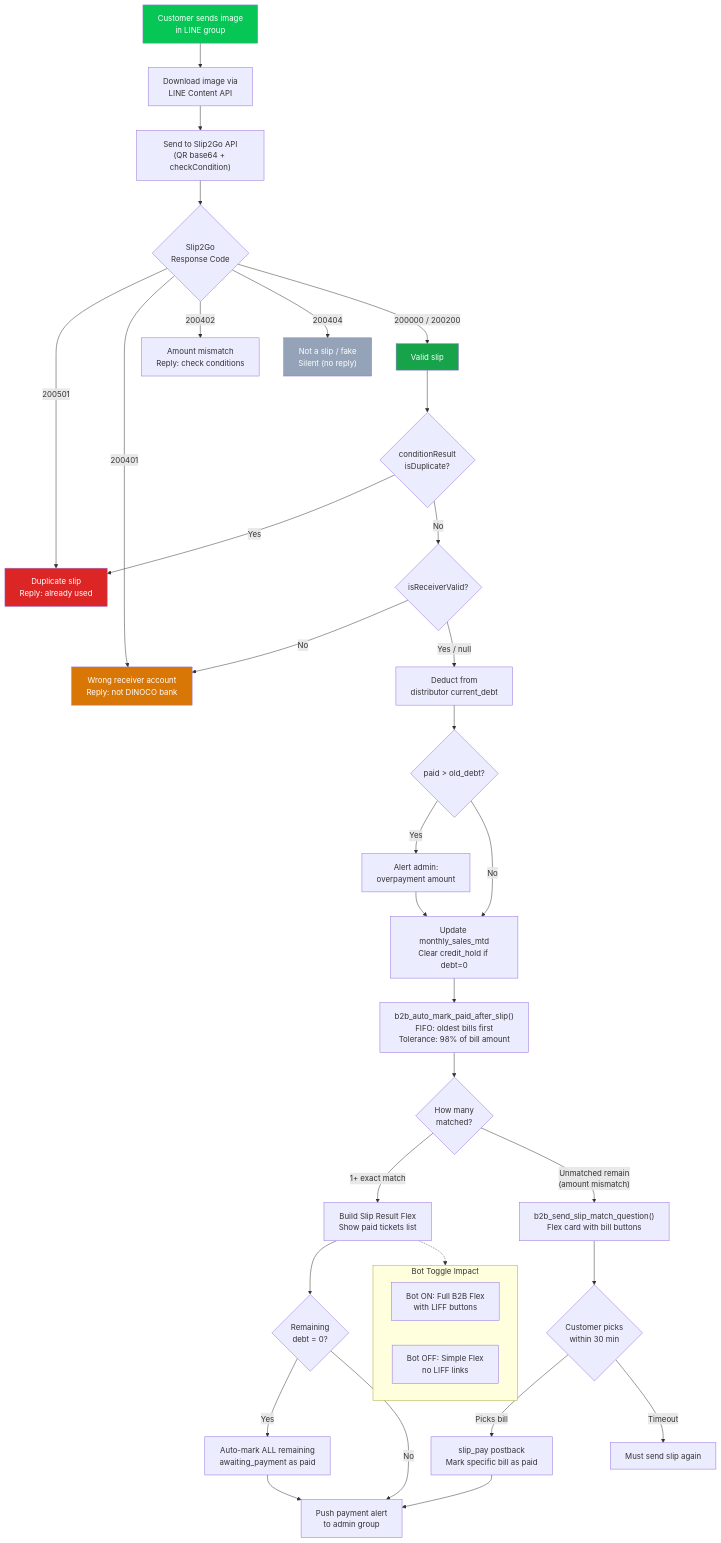
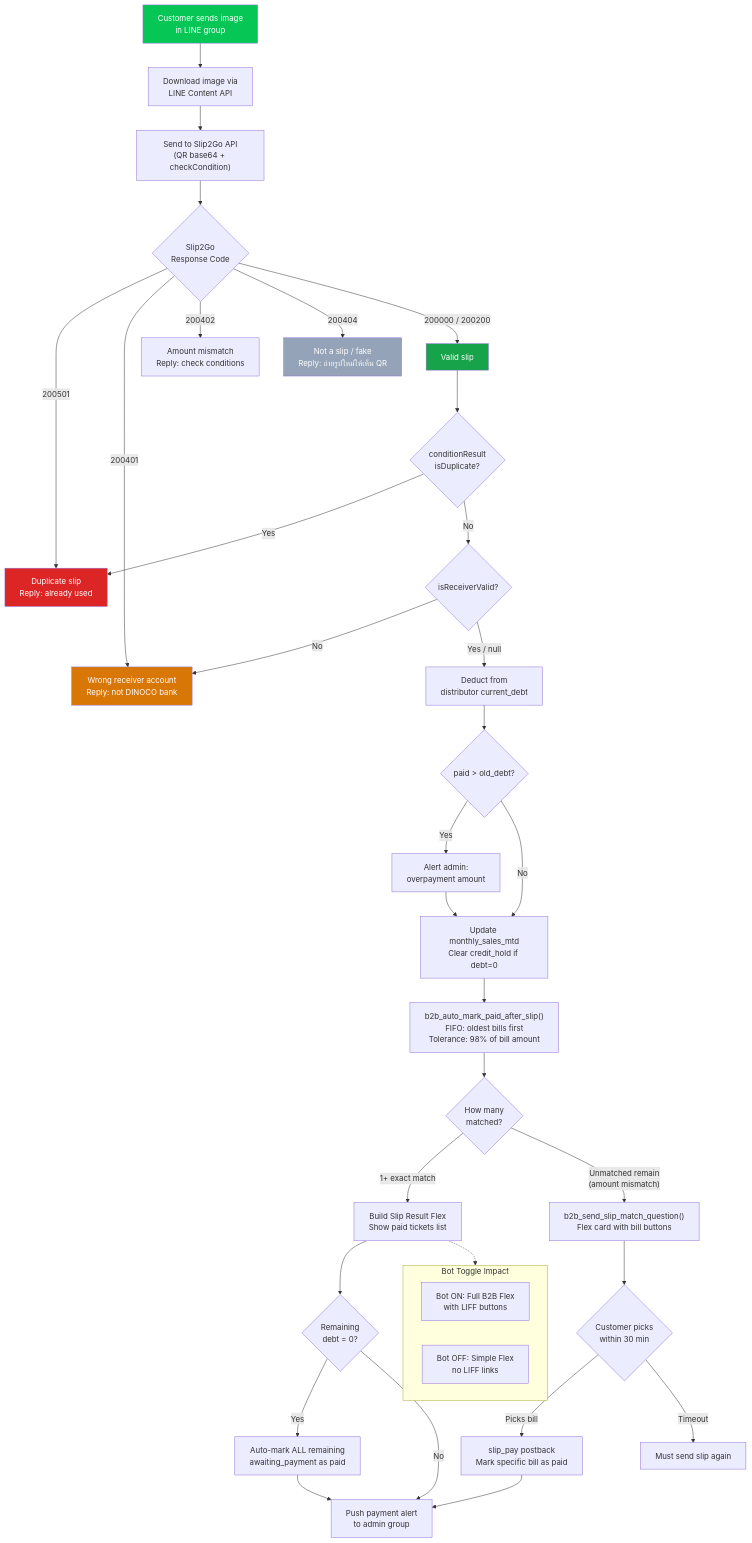
One commit to Vrprammz/DINOCO-SYSTEM-Front-End---Back-End changed the third of 14 diagrams in SYSTEM-DIAGRAMS.md. Above: the diagram before and after it, drawn with Mermaid. The commit also changed 8 other files, not shown here.

````diff
--- a/SYSTEM-DIAGRAMS.md
+++ b/SYSTEM-DIAGRAMS.md
@@ -187,56 +187,56 @@
 ```mermaid
 flowchart TB
     START["Customer sends image<br/>in LINE group"] --> IMG_DL["Download image via<br/>LINE Content API"]
     IMG_DL --> SLIP2GO["Send to Slip2Go API<br/>(QR base64 + checkCondition)"]
 
     SLIP2GO --> CODE{Slip2Go<br/>Response Code}
 
     CODE -->|200501| DUP["Duplicate slip<br/>Reply: already used"]
     CODE -->|200401| WRONG_ACC["Wrong receiver account<br/>Reply: not DINOCO bank"]
     CODE -->|200402| WRONG_AMT["Amount mismatch<br/>Reply: check conditions"]
-    CODE -->|200404| NOT_SLIP["Not a slip / fake<br/>Silent (no reply)"]
+    CODE -->|200404| NOT_SLIP["Not a slip / fake<br/>Reply: ถ่ายรูปใหม่ให้เห็น QR"]
     CODE -->|200000 / 200200| SUCCESS["Valid slip"]
 
     SUCCESS --> DUP_CHECK{conditionResult<br/>isDuplicate?}
     DUP_CHECK -->|Yes| DUP
     DUP_CHECK -->|No| RECV_CHECK{isReceiverValid?}
     RECV_CHECK -->|No| WRONG_ACC
     RECV_CHECK -->|Yes / null| DEDUCT["Deduct from<br/>distributor current_debt"]
 
     DEDUCT --> OVERPAY{paid > old_debt?}
     OVERPAY -->|Yes| OVERPAY_ALERT["Alert admin:<br/>overpayment amount"]
     OVERPAY -->|No| CONTINUE
     OVERPAY_ALERT --> CONTINUE
 
     CONTINUE["Update monthly_sales_mtd<br/>Clear credit_hold if debt=0"]
     CONTINUE --> AUTO_MATCH["b2b_auto_mark_paid_after_slip()<br/>FIFO: oldest bills first<br/>Tolerance: 98% of bill amount"]
 
     AUTO_MATCH --> MATCHED{How many<br/>matched?}
 
     MATCHED -->|"1+ exact match"| PAID_FLEX["Build Slip Result Flex<br/>Show paid tickets list"]
     MATCHED -->|"Unmatched remain<br/>(amount mismatch)"| QUESTION["b2b_send_slip_match_question()<br/>Flex card with bill buttons"]
 
     QUESTION --> CUSTOMER_PICK{Customer picks<br/>within 30 min}
     CUSTOMER_PICK -->|"Picks bill"| SLIP_PAY["slip_pay postback<br/>Mark specific bill as paid"]
     CUSTOMER_PICK -->|"Timeout"| TIMEOUT["Must send slip again"]
 
     PAID_FLEX --> ZERO_CHECK{Remaining<br/>debt = 0?}
     ZERO_CHECK -->|Yes| CLEAR_ALL["Auto-mark ALL remaining<br/>awaiting_payment as paid"]
     ZERO_CHECK -->|No| ADMIN_ALERT
 
     CLEAR_ALL --> ADMIN_ALERT["Push payment alert<br/>to admin group"]
     SLIP_PAY --> ADMIN_ALERT
 
     subgraph BOT_MODES["Bot Toggle Impact"]
         BOT_ON["Bot ON: Full B2B Flex<br/>with LIFF buttons"]
         BOT_OFF["Bot OFF: Simple Flex<br/>no LIFF links"]
     end
 
     PAID_FLEX -.-> BOT_MODES
 
     style START fill:#06C755,color:#fff
     style DUP fill:#dc2626,color:#fff
     style WRONG_ACC fill:#d97706,color:#fff
     style NOT_SLIP fill:#94a3b8,color:#fff
     style SUCCESS fill:#16a34a,color:#fff
 ```
````
